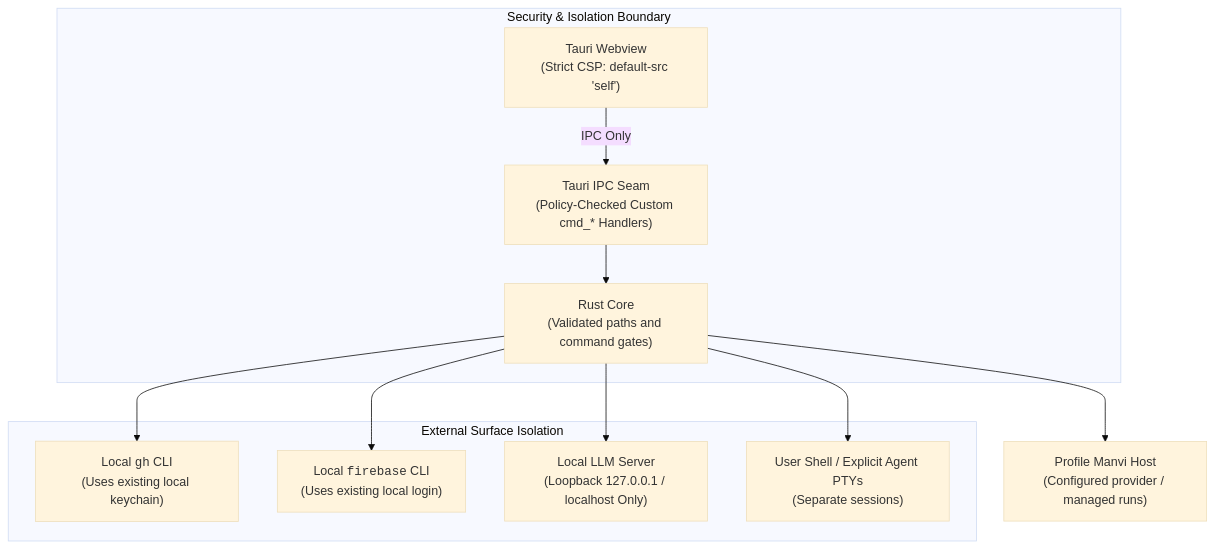
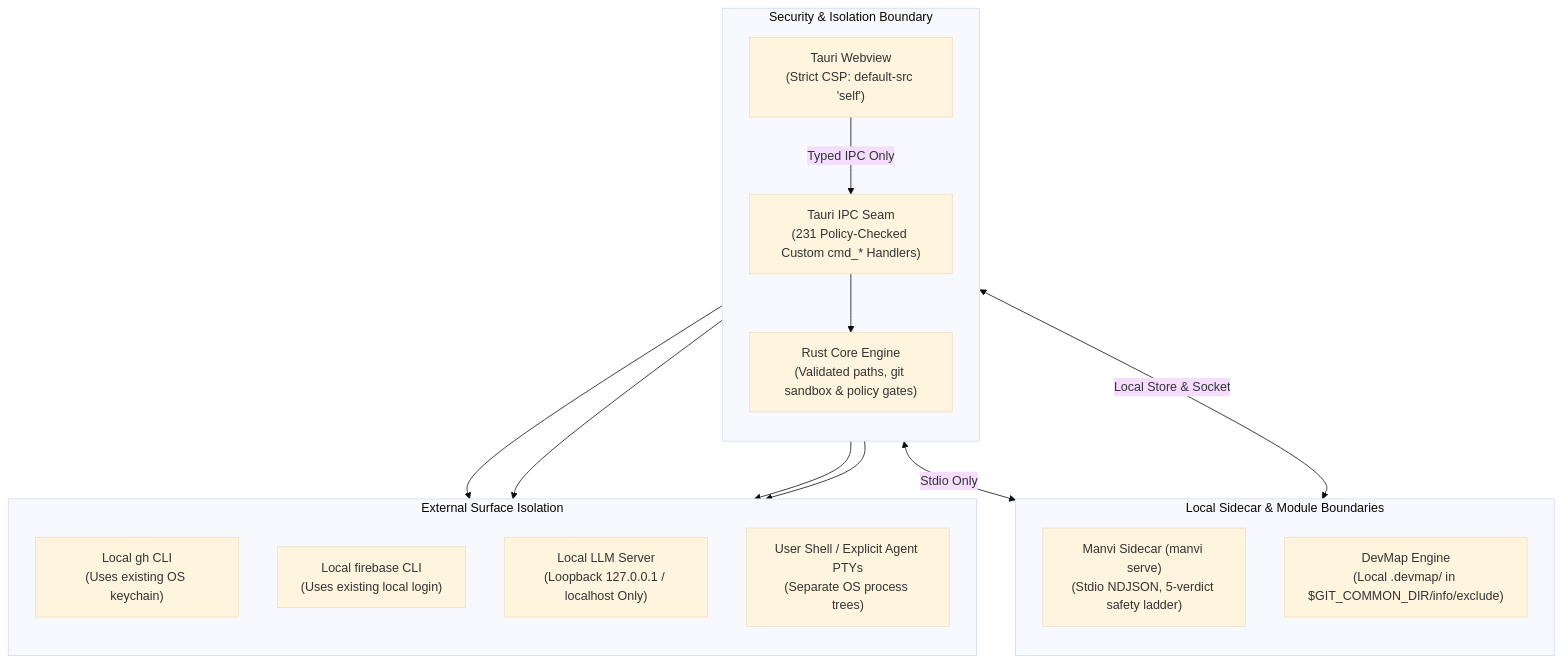
One commit to bharathvbcr/GitPulse changed the diagram in docs/SECURITY.md. Above: the diagram before and after it, drawn with Mermaid (base theme). The commit also changed 6 other files, not shown here.

First line of the commit message:
docs: modernize architecture and integration diagrams across docs and wiki

````diff
--- a/docs/SECURITY.md
+++ b/docs/SECURITY.md
@@ -12,24 +12,33 @@
 ```mermaid
 flowchart TD
     subgraph Boundary["Security & Isolation Boundary"]
+        direction TB
         Webview["Tauri Webview<br/>(Strict CSP: default-src 'self')"]
-        IPCBoundary["Tauri IPC Seam<br/>(Policy-Checked Custom cmd_* Handlers)"]
-        LocalEngine["Rust Core<br/>(Validated paths and command gates)"]
+        IPCBoundary["Tauri IPC Seam<br/>(231 Policy-Checked Custom cmd_* Handlers)"]
+        LocalEngine["Rust Core Engine<br/>(Validated paths, git sandbox & policy gates)"]
         
-        Webview -->|IPC Only| IPCBoundary
+        Webview -->|Typed IPC Only| IPCBoundary
         IPCBoundary --> LocalEngine
     end
 
-    subgraph ExternalSurfaces["External Surface Isolation"]
-        LocalGH["Local <code>gh</code> CLI<br/>(Uses existing local keychain)"]
-        LocalFB["Local <code>firebase</code> CLI<br/>(Uses existing local login)"]
-        LocalAI["Local LLM Server<br/>(Loopback 127.0.0.1 / localhost Only)"]
-        PTY["User Shell / Explicit Agent PTYs<br/>(Separate sessions)"]
+    subgraph SidecarIsolation["Local Sidecar & Module Boundaries"]
+        direction TB
+        ManviSidecar["Manvi Sidecar (manvi serve)<br/>(Stdio NDJSON, 5-verdict safety ladder)"]
+        DevMapGate["DevMap Engine<br/>(Local .devmap/ in $GIT_COMMON_DIR/info/exclude)"]
     end
 
+    subgraph ExternalSurfaces["External Surface Isolation"]
+        direction TB
+        LocalGH["Local gh CLI<br/>(Uses existing OS keychain)"]
+        LocalFB["Local firebase CLI<br/>(Uses existing local login)"]
+        LocalAI["Local LLM Server<br/>(Loopback 127.0.0.1 / localhost Only)"]
+        PTY["User Shell / Explicit Agent PTYs<br/>(Separate OS process trees)"]
+    end
+
+    LocalEngine <-->|Stdio Only| ManviSidecar
+    LocalEngine <-->|Local Store & Socket| DevMapGate
     LocalEngine --> LocalGH
     LocalEngine --> LocalFB
     LocalEngine --> LocalAI
     LocalEngine --> PTY
-    LocalEngine --> ProfileManvi["Profile Manvi Host<br/>(Configured provider / managed runs)"]
 ```
````
